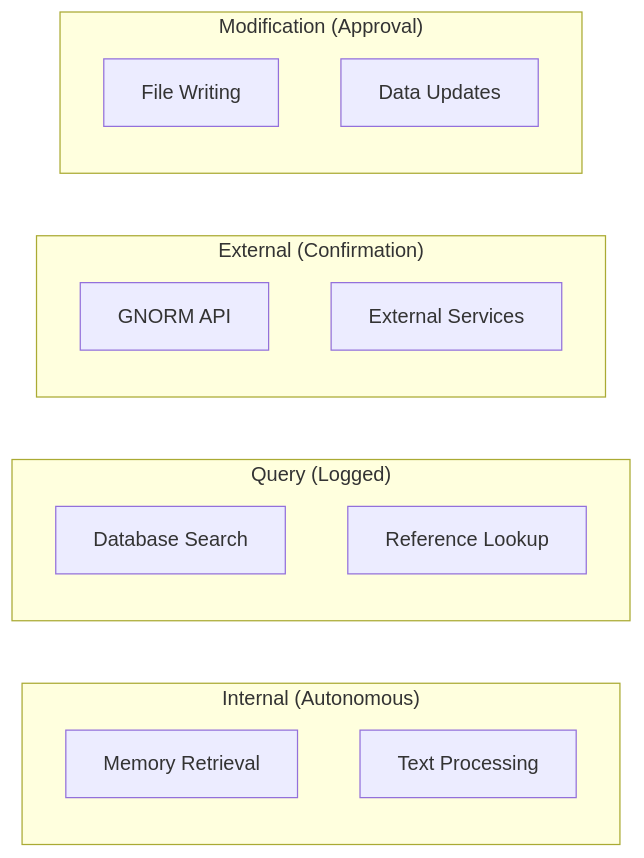
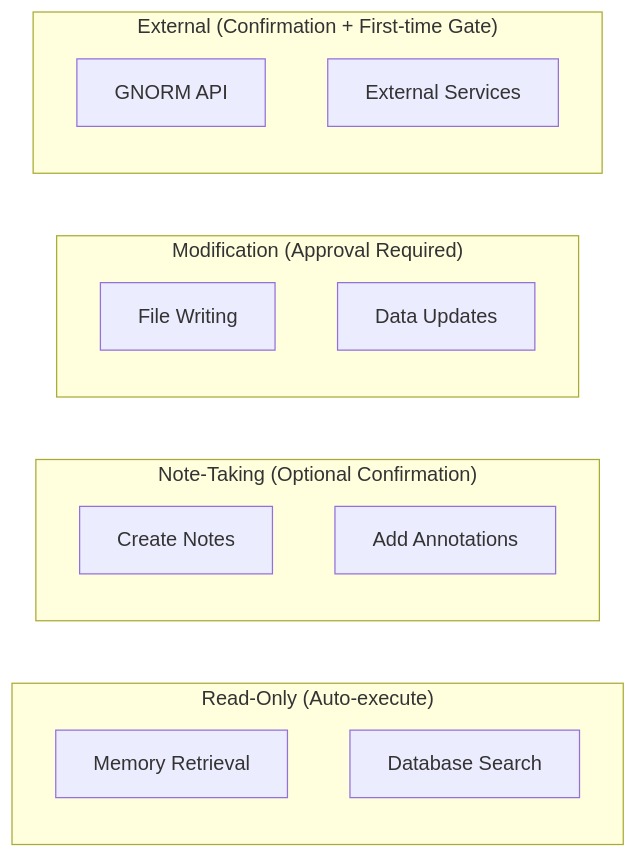
One commit to michalvalco/ITSERR-RESILIENCE-Project changed the first of 2 diagrams in docs/concepts/tool-patterns.md. Above: the diagram before and after it, drawn with Mermaid. The commit also changed other lines of this file and 6 other files, not shown here.

````diff
--- a/docs/concepts/tool-patterns.md
+++ b/docs/concepts/tool-patterns.md
@@ -17,22 +17,22 @@
 ```mermaid
 graph LR
-    subgraph Internal["Internal (Autonomous)"]
+    subgraph ReadOnly["Read-Only (Auto-execute)"]
         A[Memory Retrieval]
-        B[Text Processing]
+        B[Database Search]
     end
 
-    subgraph Query["Query (Logged)"]
-        C[Database Search]
-        D[Reference Lookup]
+    subgraph NoteTaking["Note-Taking (Optional Confirmation)"]
+        C[Create Notes]
+        D[Add Annotations]
     end
 
-    subgraph External["External (Confirmation)"]
-        E[GNORM API]
-        F[External Services]
+    subgraph Modification["Modification (Approval Required)"]
+        E[File Writing]
+        F[Data Updates]
     end
 
-    subgraph Modification["Modification (Approval)"]
-        G[File Writing]
-        H[Data Updates]
+    subgraph External["External (Confirmation + First-time Gate)"]
+        G[GNORM API]
+        H[External Services]
     end
 ```
````
